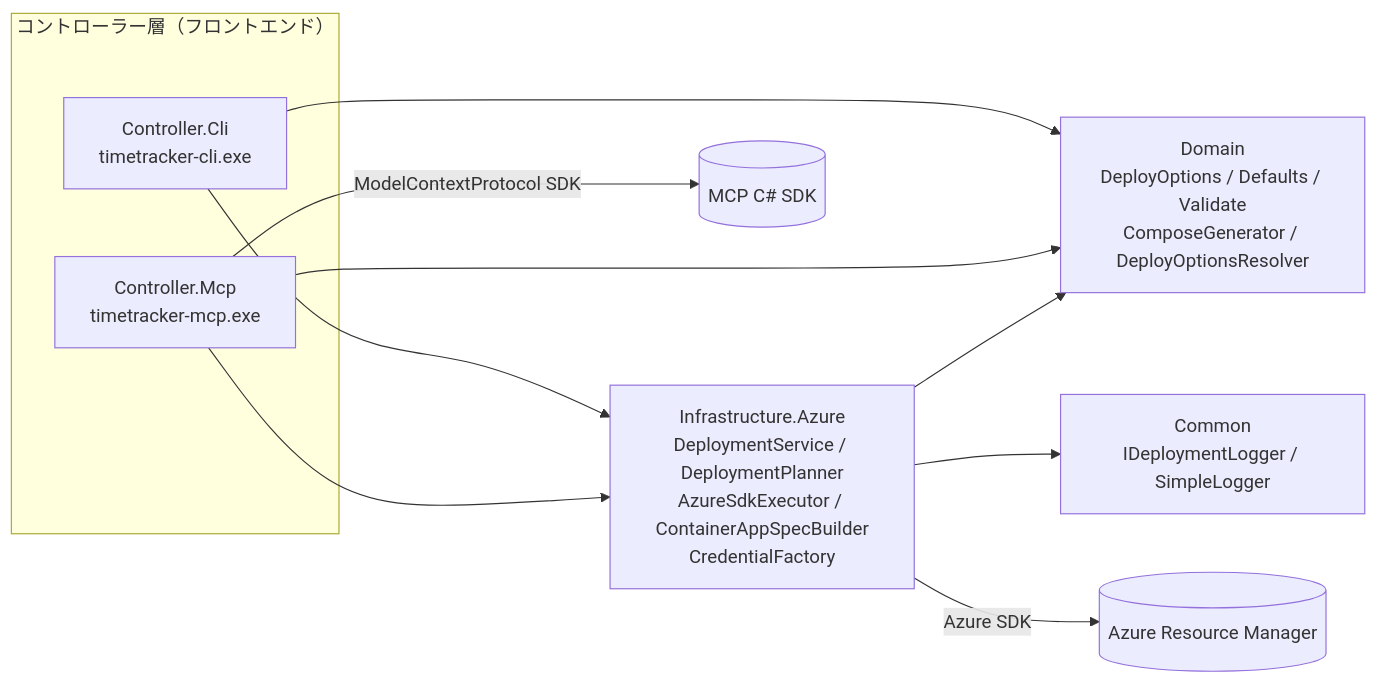
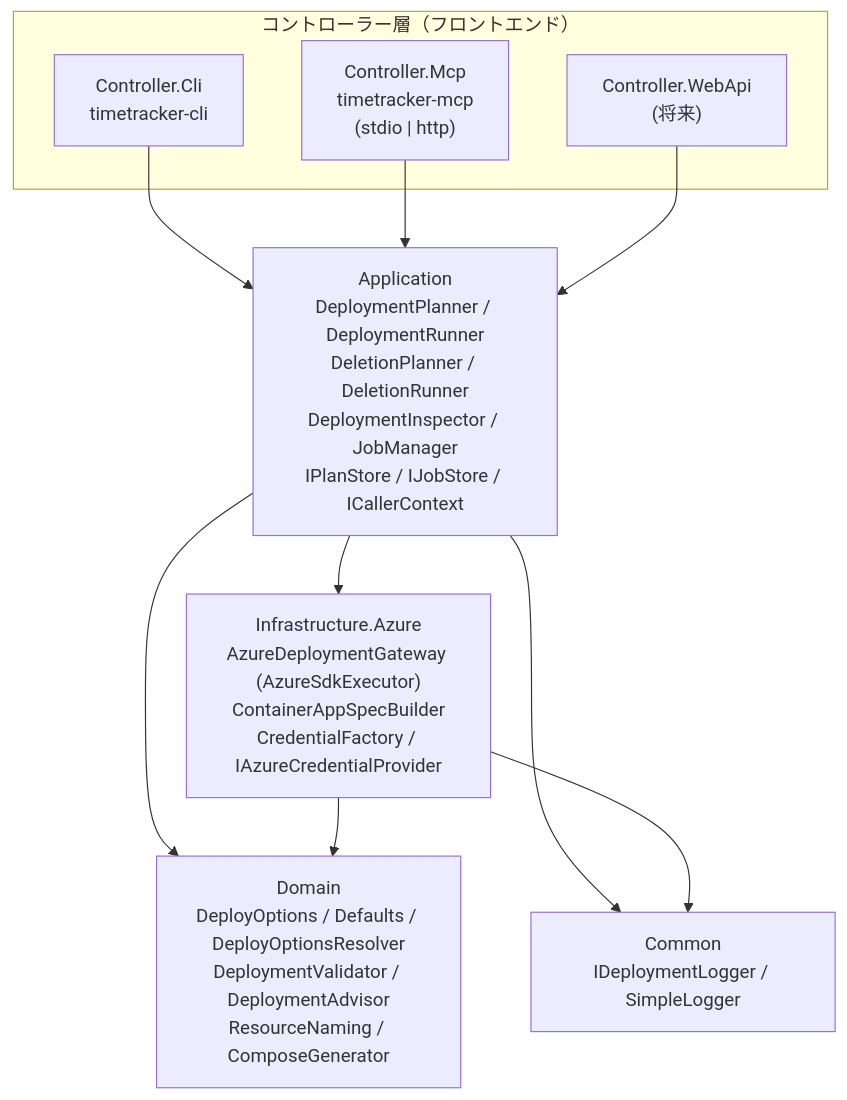
The second of 2 diagrams in docs/MCP_TOOL_DESIGN.md (yamadakou/timetracker-deployment-tool), drawn with Mermaid before and after one commit. The commit also changed other lines of this file, not shown here.

First line of the commit message:
docs: MCP ツール設計案を第 2 版に更新（オーナー回答の反映）

````diff
--- a/docs/MCP_TOOL_DESIGN.md
+++ b/docs/MCP_TOOL_DESIGN.md
@@ -67,18 +95,20 @@
 ```mermaid
-flowchart LR
+flowchart TB
   subgraph Frontends["コントローラー層（フロントエンド）"]
-    CLI["Controller.Cli<br/>timetracker-cli.exe"]
-    MCP["Controller.Mcp<br/>timetracker-mcp.exe"]
+    CLI["Controller.Cli<br/>timetracker-cli"]
+    MCP["Controller.Mcp<br/>timetracker-mcp<br/>(stdio | http)"]
+    API["Controller.WebApi<br/>(将来)"]
   end
-  INFRA["Infrastructure.Azure<br/>DeploymentService / DeploymentPlanner<br/>AzureSdkExecutor / ContainerAppSpecBuilder<br/>CredentialFactory"]
-  DOMAIN["Domain<br/>DeployOptions / Defaults / Validate<br/>ComposeGenerator / DeployOptionsResolver"]
+  APP["Application<br/>DeploymentPlanner / DeploymentRunner<br/>DeletionPlanner / DeletionRunner<br/>DeploymentInspector / JobManager<br/>IPlanStore / IJobStore / ICallerContext"]
+  INFRA["Infrastructure.Azure<br/>AzureDeploymentGateway (AzureSdkExecutor)<br/>ContainerAppSpecBuilder<br/>CredentialFactory / IAzureCredentialProvider"]
+  DOMAIN["Domain<br/>DeployOptions / Defaults / DeployOptionsResolver<br/>DeploymentValidator / DeploymentAdvisor<br/>ResourceNaming / ComposeGenerator"]
   COMMON["Common<br/>IDeploymentLogger / SimpleLogger"]
-  CLI --> INFRA
-  MCP --> INFRA
-  CLI --> DOMAIN
-  MCP --> DOMAIN
+  CLI --> APP
+  MCP --> APP
+  API --> APP
+  APP --> INFRA
+  APP --> DOMAIN
   INFRA --> DOMAIN
+  APP --> COMMON
   INFRA --> COMMON
-  MCP -->|ModelContextProtocol SDK| SDK[(MCP C# SDK)]
-  INFRA -->|Azure SDK| ARM[(Azure Resource Manager)]
 ```
````
